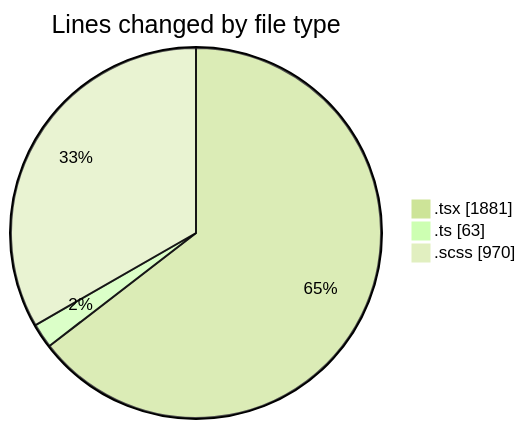
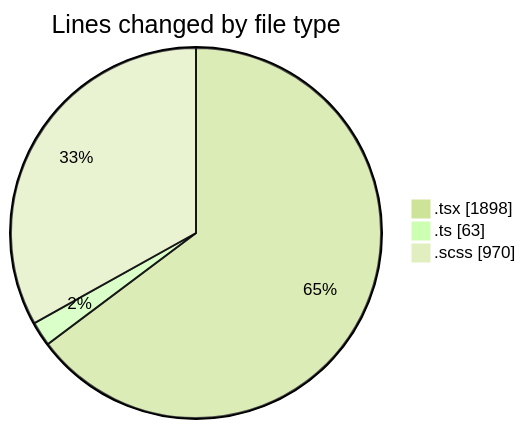
The first of 2 diagrams in 2025-04-02/cda/README.md (momahboobian/code-tracking), drawn with Mermaid (forest theme) before and after one commit. The commit also changed other lines of this file and 1 other file, not shown here.

````diff
--- a/2025-04-02/cda/README.md
+++ b/2025-04-02/cda/README.md
@@ -30,7 +30,7 @@
 ```mermaid
 pie showData
 title Lines changed by file type
-".tsx" : 1881
+".tsx" : 1898
 ".ts" : 63
 ".scss" : 970
 ```
````
